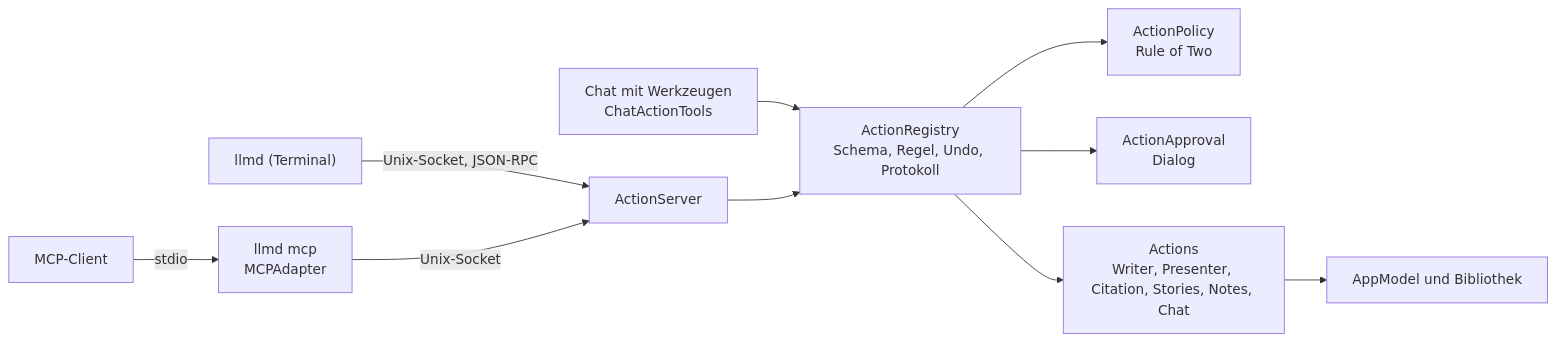
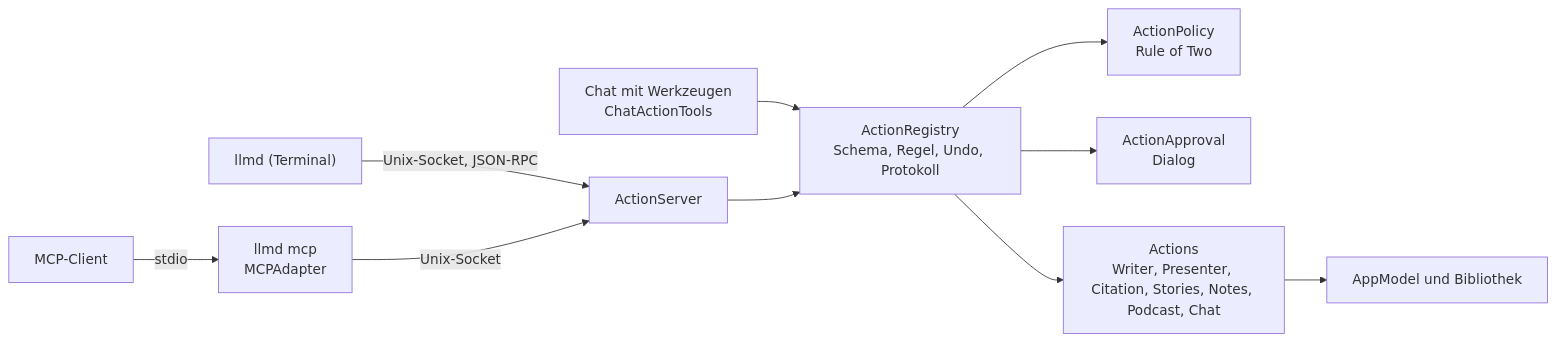
Before and after one commit to AlexEhrenberger/LLMDesigner: the first of 2 diagrams in docs/actions.md, drawn with Mermaid. The commit also changed other lines of this file and 40 other files, not shown here.

````diff
--- a/docs/actions.md
+++ b/docs/actions.md
@@ -12,11 +12,11 @@
 ```mermaid
 flowchart LR
     CLI["llmd (Terminal)"] -->|"Unix-Socket, JSON-RPC"| SRV["ActionServer"]
     MCP["MCP-Client"] -->|stdio| AD["llmd mcp<br/>MCPAdapter"] -->|"Unix-Socket"| SRV
     CHAT["Chat mit Werkzeugen<br/>ChatActionTools"] --> REG
     SRV --> REG["ActionRegistry<br/>Schema, Regel, Undo, Protokoll"]
     REG --> POL["ActionPolicy<br/>Rule of Two"]
     REG --> APP["ActionApproval<br/>Dialog"]
-    REG --> ACT["Actions<br/>Writer, Presenter, Citation, Stories, Notes, Chat"]
+    REG --> ACT["Actions<br/>Writer, Presenter, Citation, Stories, Notes, Podcast, Chat"]
     ACT --> AM["AppModel und Bibliothek"]
 ```
````
